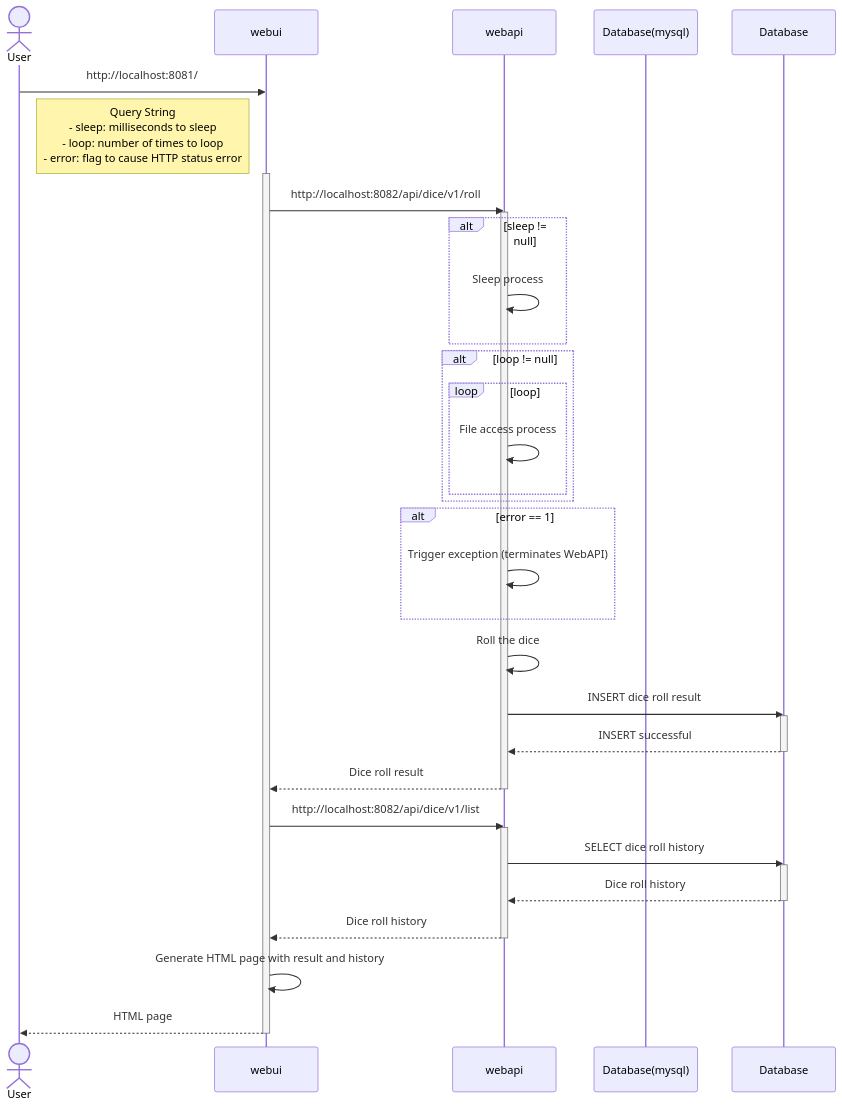
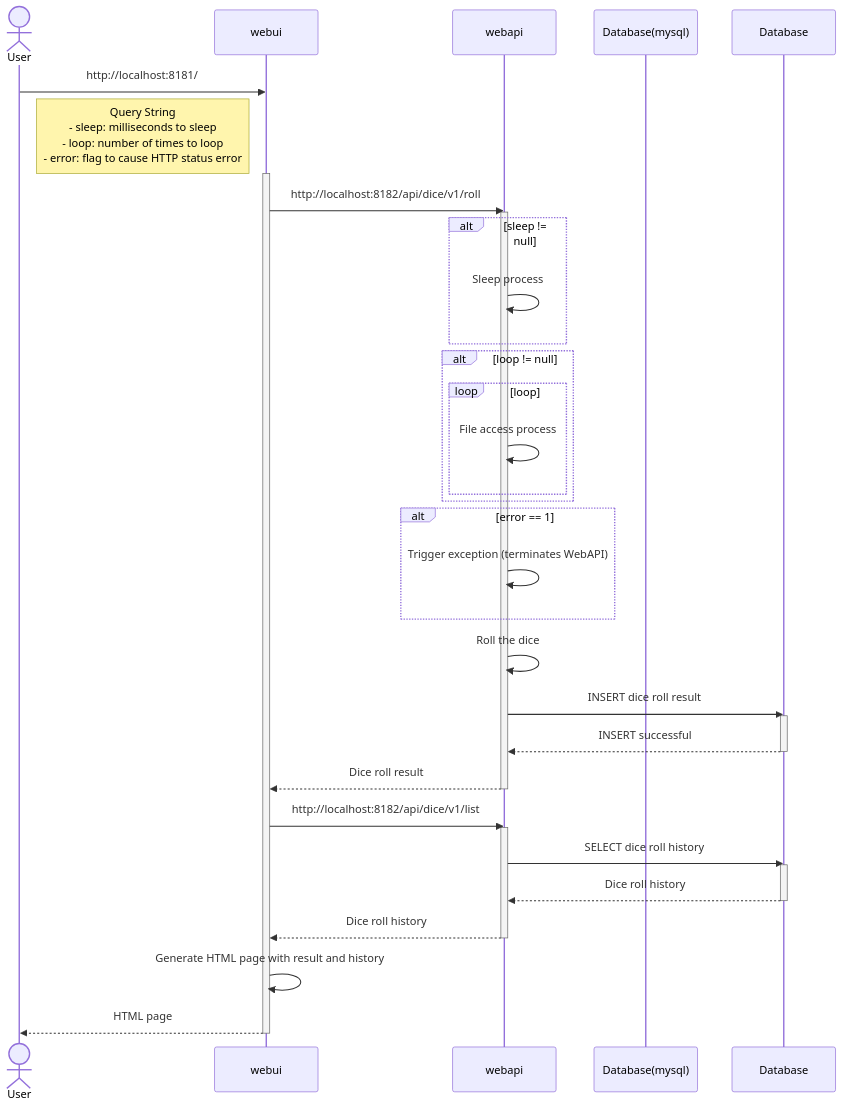
Before and after one commit to Toshiharu-Konuma-sti/hands-on-rollingdice-webapp: the diagram in README.md, drawn with Mermaid. The commit also changed other lines of this file, not shown here.

````diff
--- a/README.md
+++ b/README.md
@@ -9,52 +65,52 @@
 ```mermaid
 sequenceDiagram
     actor User
     participant webui
     participant webapi
     participant Database(mysql)
 
-    User->>webui: http://localhost:8081/
+    User->>webui: http://localhost:8181/
     Note right of User: Query String<br>- sleep: milliseconds to sleep<br>- loop: number of times to loop<br>- error: flag to cause HTTP status error
     activate webui
 
-        webui->>webapi: http://localhost:8082/api/dice/v1/roll
+        webui->>webapi: http://localhost:8182/api/dice/v1/roll
         activate webapi
 
             alt sleep != null
                 webapi->>webapi: Sleep process
             end
             alt loop != null
                 loop loop
                     webapi->>webapi: File access process
                 end
             end
             alt error == 1
                 webapi->>webapi: Trigger exception (terminates WebAPI)
             end
             webapi->>webapi: Roll the dice
             webapi->>Database: INSERT dice roll result
             activate Database
 
                 Database-->>webapi: INSERT successful
 
             deactivate Database
             webapi-->>webui: Dice roll result
 
         deactivate webapi
-        webui->>webapi: http://localhost:8082/api/dice/v1/list
+        webui->>webapi: http://localhost:8182/api/dice/v1/list
         activate webapi
 
             webapi->>Database: SELECT dice roll history
             activate Database
 
             Database-->>webapi: Dice roll history
             
             deactivate Database
             webapi-->>webui: Dice roll history
 
         deactivate webapi
         webui->>webui: Generate HTML page with result and history
         webui-->>User: HTML page
 
     deactivate webui
 ```
````
